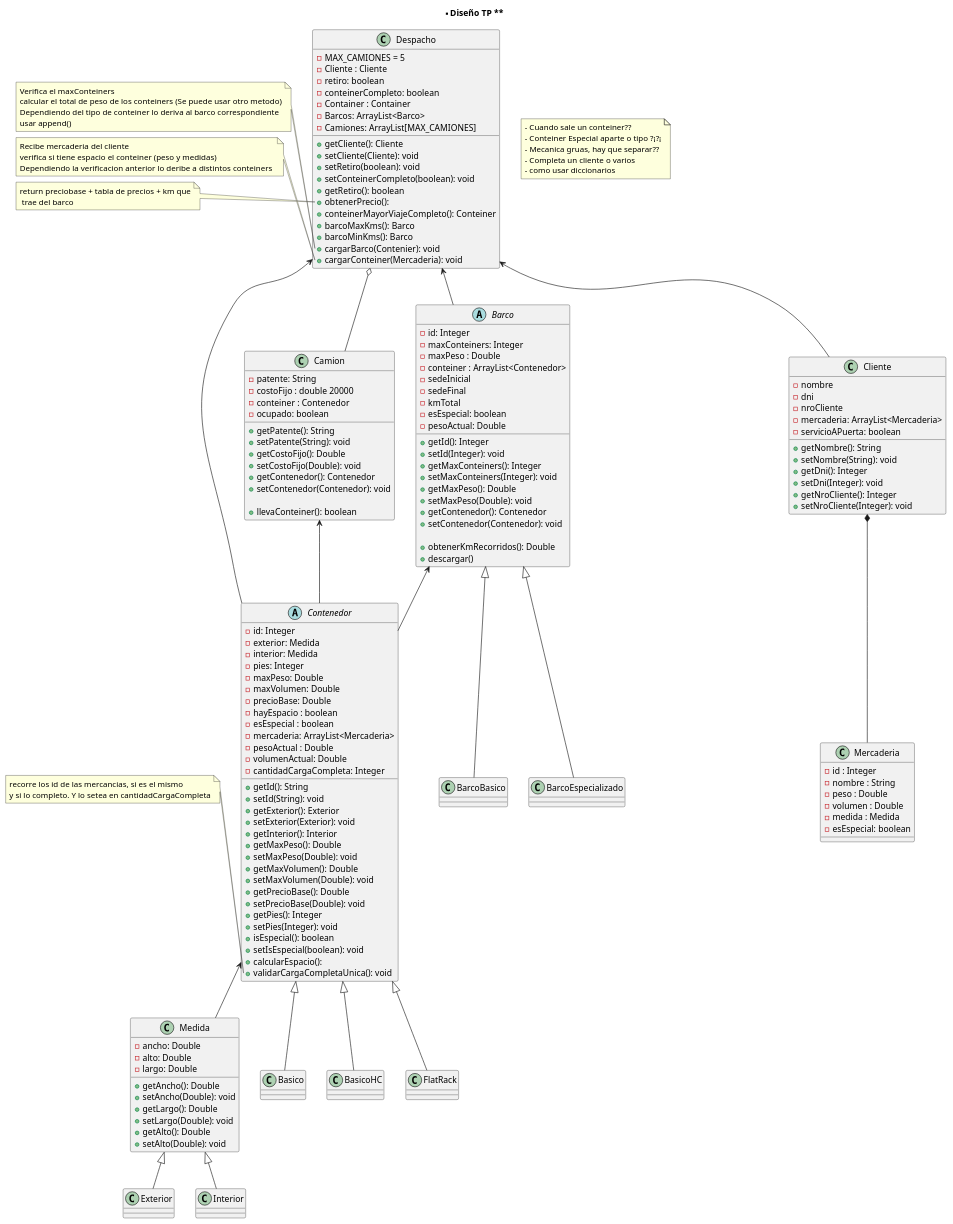
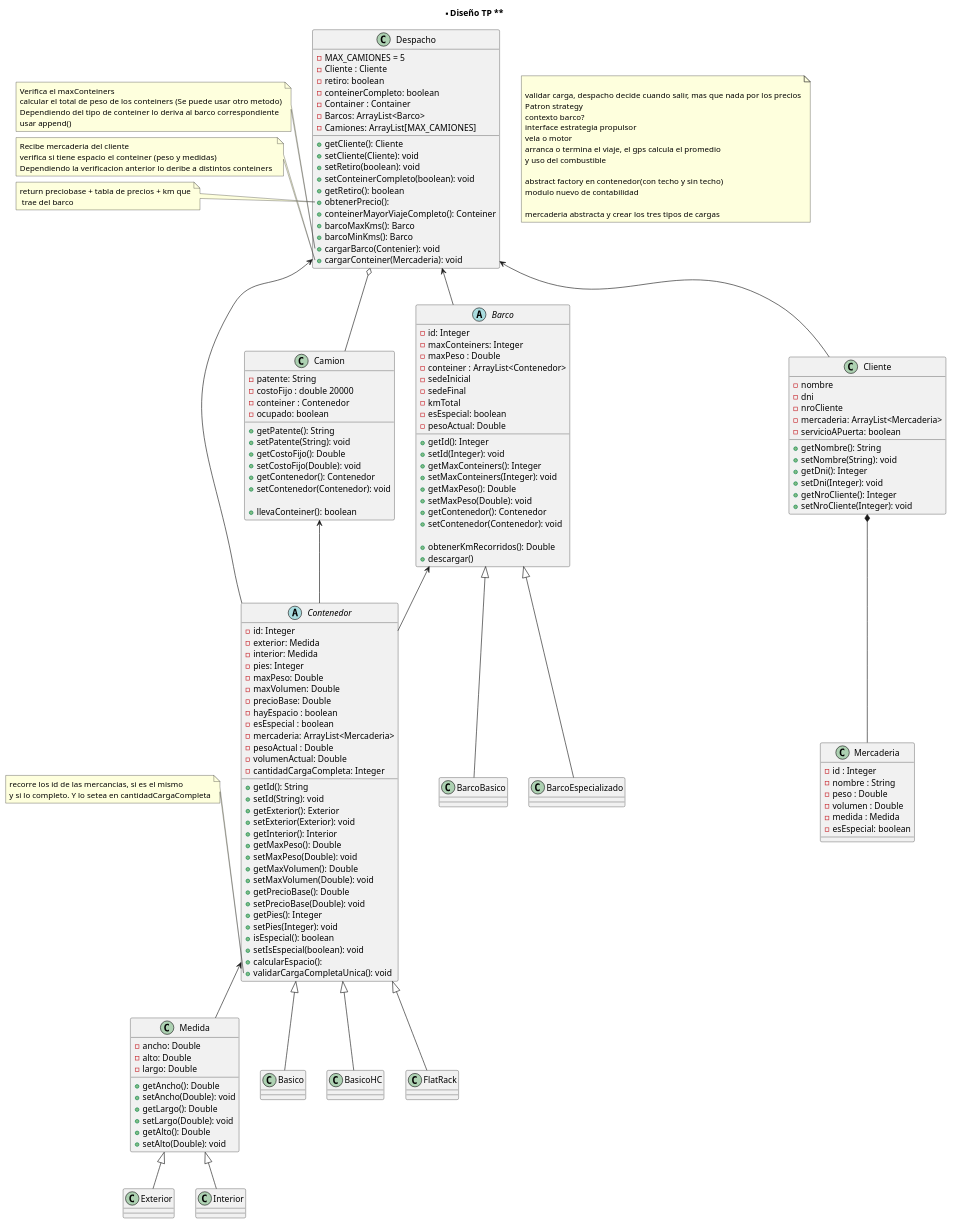
Before and after one commit to LMontes94/TP-Containers: the diagram in Diagrama/TP-Containers.puml, drawn with PlantUML.

Commit message:
nota sobre la etapa 2

```diff
--- a/Diagrama/TP-Containers.puml
+++ b/Diagrama/TP-Containers.puml
@@ -162,11 +162,19 @@
 'Notas
 
 note as n1 
-   - Cuando sale un conteiner??
-   - Conteiner Especial aparte o tipo ?¡?¡
-   - Mecanica gruas, hay que separar??
-   - Completa un cliente o varios
-   - como usar diccionarios
+  
+  validar carga, despacho decide cuando salir, mas que nada por los precios
+  Patron strategy 
+  contexto barco?
+  interface estrategia propulsor
+  vela o motor
+  arranca o termina el viaje, el gps calcula el promedio
+  y uso del combustible 
+
+  abstract factory en contenedor(con techo y sin techo)
+  modulo nuevo de contabilidad
+
+  mercaderia abstracta y crear los tres tipos de cargas 
 end note
 
 note left of Despacho::cargarBarco
```
